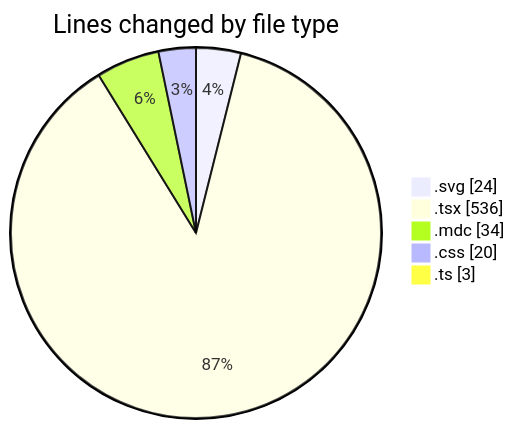
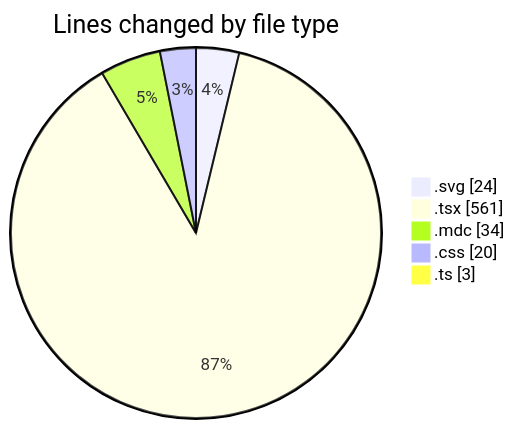
Before and after one commit to EIIisD/code-tracking: the first of 2 diagrams in 2025-07-18/ribbon/README.md, drawn with Mermaid. The commit also changed other lines of this file and 1 other file, not shown here.

````diff
--- a/2025-07-18/ribbon/README.md
+++ b/2025-07-18/ribbon/README.md
@@ -25,9 +25,9 @@
 ```mermaid
 pie showData
 title Lines changed by file type
 ".svg" : 24
-".tsx" : 536
+".tsx" : 561
 ".mdc" : 34
 ".css" : 20
 ".ts" : 3
 ```
````
